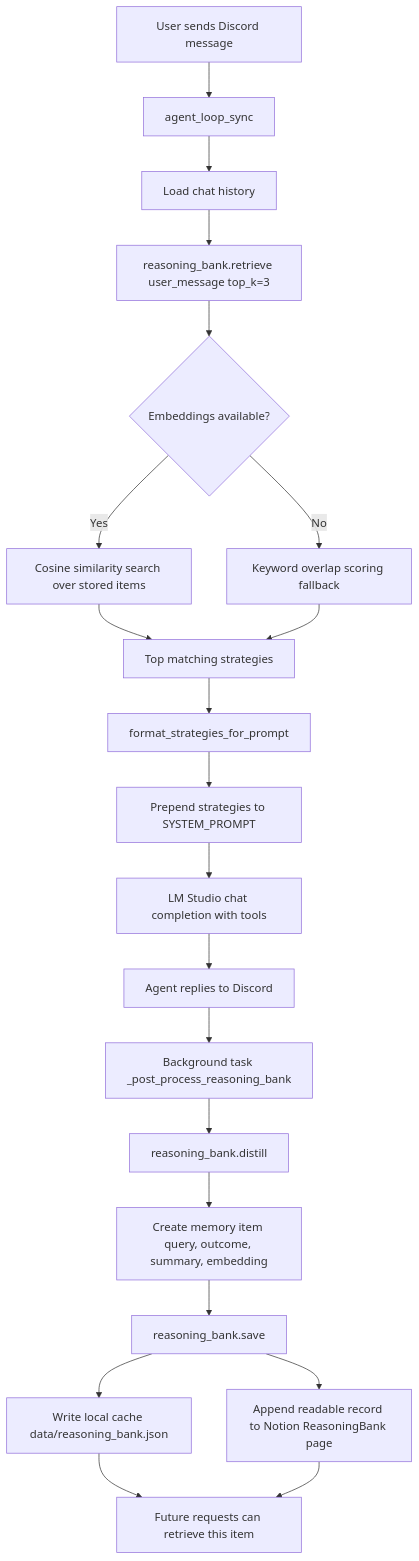
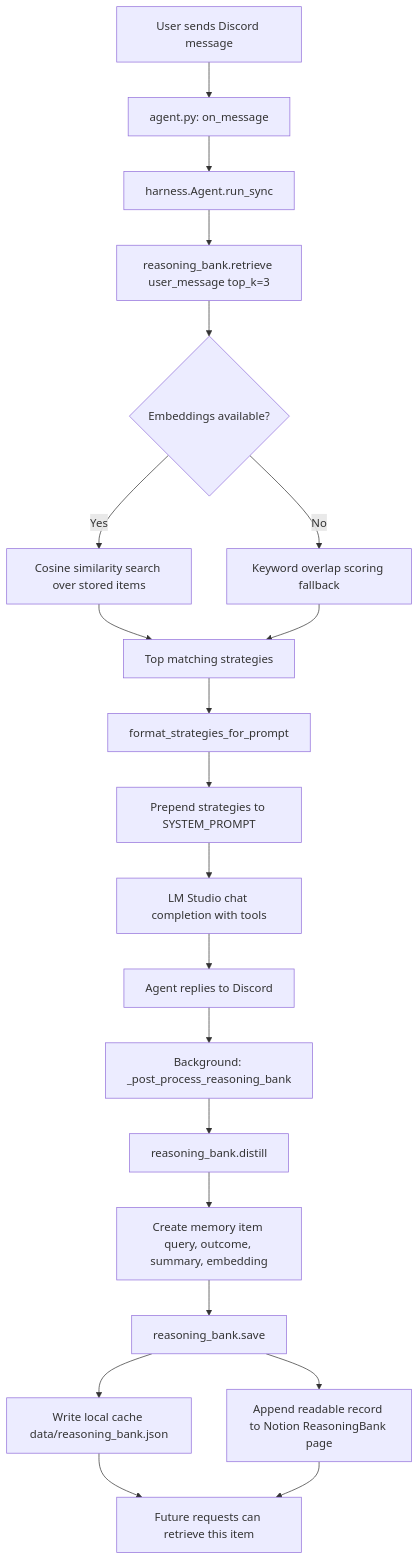
Before and after one commit to abhishek085/Saiyan_Research_agent: the diagram in README.md, drawn with Mermaid. The commit also changed other lines of this file and 2 other files, not shown here.

First line of the commit message:
refactor: update agent.py, main.py, and README

````diff
--- a/README.md
+++ b/README.md
@@ -56,23 +255,23 @@
 ```mermaid
 flowchart TD
-	A[User sends Discord message] --> B[agent_loop_sync]
-	B --> C[Load chat history]
+	A[User sends Discord message] --> B[agent.py: on_message]
+	B --> C[harness.Agent.run_sync]
 	C --> D[reasoning_bank.retrieve user_message top_k=3]
 	D --> E{Embeddings available?}
 	E -->|Yes| F[Cosine similarity search over stored items]
 	E -->|No| G[Keyword overlap scoring fallback]
 	F --> H[Top matching strategies]
 	G --> H
 	H --> I[format_strategies_for_prompt]
 	I --> J[Prepend strategies to SYSTEM_PROMPT]
 	J --> K[LM Studio chat completion with tools]
 	K --> L[Agent replies to Discord]
-	L --> M[Background task _post_process_reasoning_bank]
+	L --> M[Background: _post_process_reasoning_bank]
 	M --> N[reasoning_bank.distill]
 	N --> O[Create memory item query, outcome, summary, embedding]
 	O --> P[reasoning_bank.save]
 	P --> Q[Write local cache data/reasoning_bank.json]
 	P --> R[Append readable record to Notion ReasoningBank page]
 	Q --> S[Future requests can retrieve this item]
 	R --> S
 ```
````
